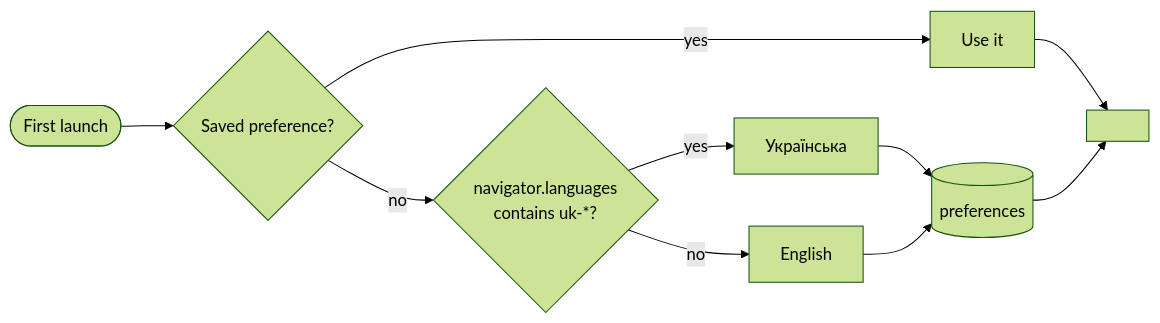
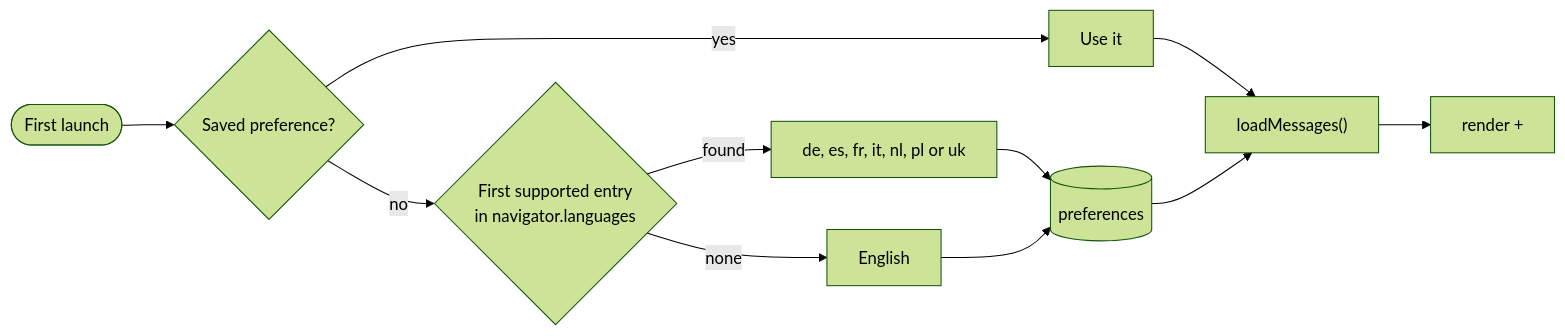
One commit to sacrificed666/react-todo-app changed the first of 3 diagrams in docs/i18n.md. Above: the diagram before and after it, drawn with Mermaid (forest theme). The commit also changed other lines of this file and 102 other files, not shown here.

````diff
--- a/docs/i18n.md
+++ b/docs/i18n.md
@@ -7,12 +7,13 @@
 ```mermaid
 flowchart LR
   Start([First launch]) --> Stored{"Saved preference?"}
   Stored -- yes --> Use[Use it]
-  Stored -- no --> Browser{"navigator.languages<br/>contains uk-*?"}
-  Browser -- yes --> UK[Українська]
-  Browser -- no --> EN[English]
-  UK --> Save[(preferences)]
+  Stored -- no --> Browser{"First supported entry<br/>in navigator.languages"}
+  Browser -- found --> Match["de, es, fr, it, nl, pl or uk"]
+  Browser -- none --> EN[English]
+  Match --> Save[(preferences)]
   EN --> Save
-  Use --> Html["<html lang>"]
-  Save --> Html
+  Use --> Load["loadMessages()"]
+  Save --> Load
+  Load --> Html["render + <html lang>"]
 ```
````
